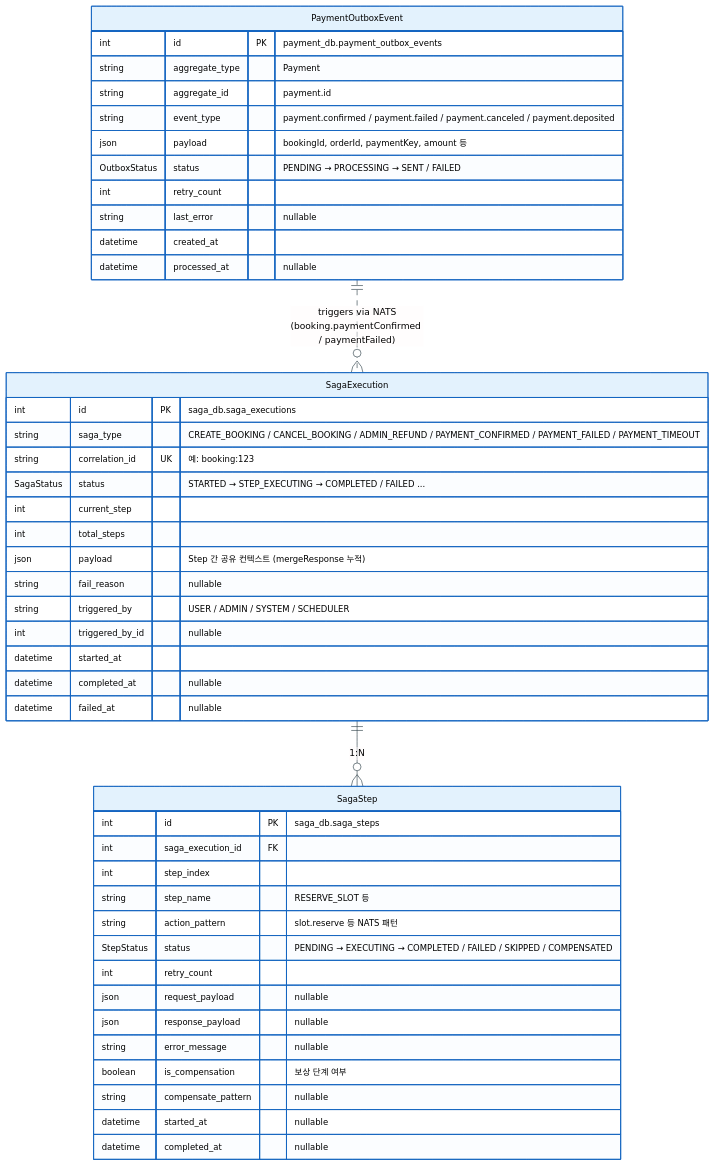
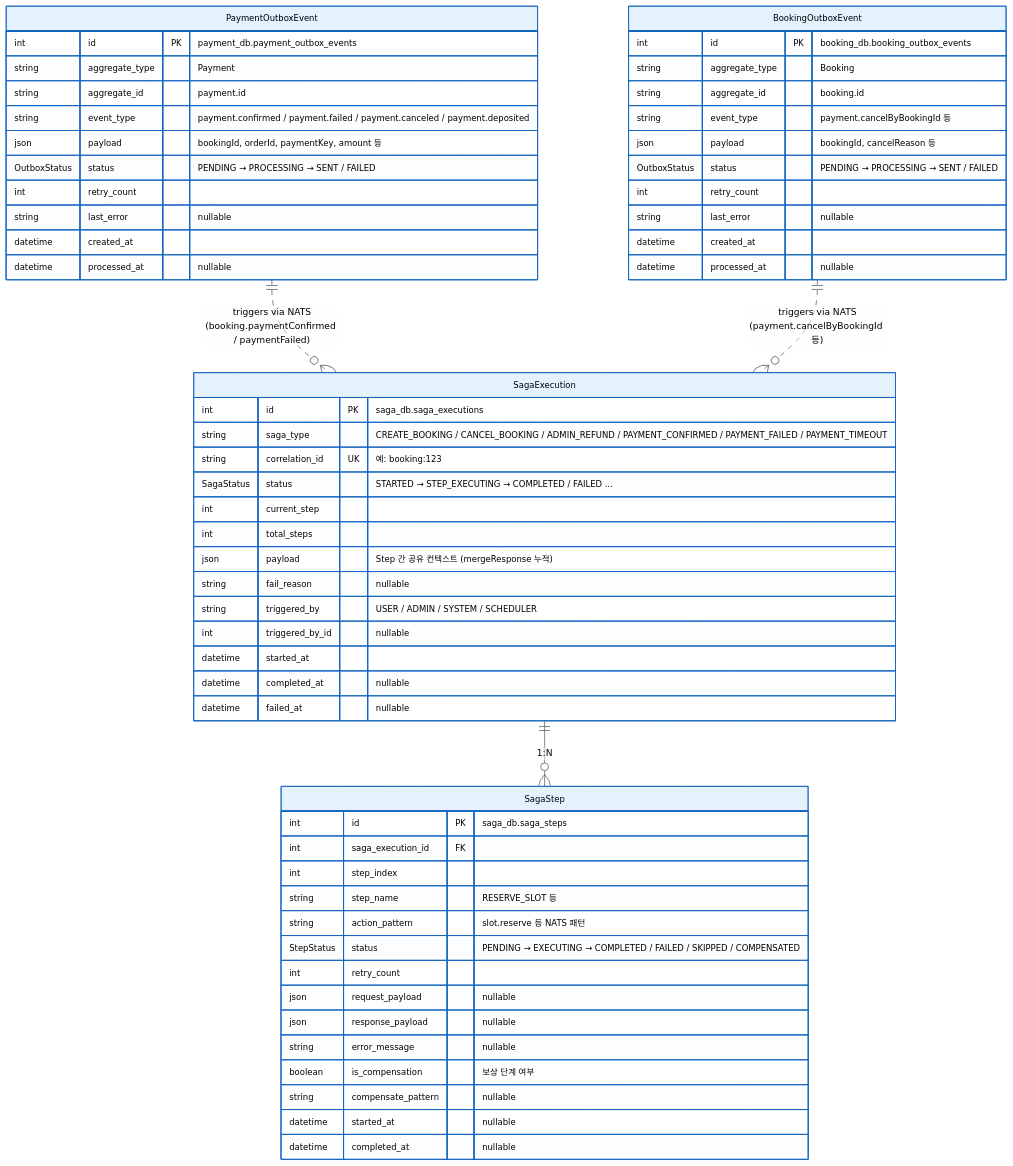
One commit to uniyous/parkgolf-platform changed the third of 4 diagrams in docs/workflow/SAGA.md. Above: the diagram before and after it, drawn with Mermaid. The commit also changed other lines of this file and 3 other files, not shown here.

First line of the commit message:
chore(booking-service): outbox_events → booking_outbox_events 리네이밍

````diff
--- a/docs/workflow/SAGA.md
+++ b/docs/workflow/SAGA.md
@@ -137,52 +138,66 @@
 ```mermaid
 %%{init: {'theme':'base','themeVariables':{'primaryColor':'#E3F2FD','primaryTextColor':'#000','primaryBorderColor':'#1565C0','lineColor':'#37474F','fontSize':'13px'}}}%%
 erDiagram
     SagaExecution ||--o{ SagaStep : "1:N"
     PaymentOutboxEvent ||..o{ SagaExecution : "triggers via NATS<br/>(booking.paymentConfirmed / paymentFailed)"
+    BookingOutboxEvent ||..o{ SagaExecution : "triggers via NATS<br/>(payment.cancelByBookingId 등)"
 
     SagaExecution {
         int id PK "saga_db.saga_executions"
         string saga_type "CREATE_BOOKING / CANCEL_BOOKING / ADMIN_REFUND / PAYMENT_CONFIRMED / PAYMENT_FAILED / PAYMENT_TIMEOUT"
         string correlation_id UK "예: booking:123"
         SagaStatus status "STARTED → STEP_EXECUTING → COMPLETED / FAILED ..."
         int current_step
         int total_steps
         json payload "Step 간 공유 컨텍스트 (mergeResponse 누적)"
         string fail_reason "nullable"
         string triggered_by "USER / ADMIN / SYSTEM / SCHEDULER"
         int triggered_by_id "nullable"
         datetime started_at
         datetime completed_at "nullable"
         datetime failed_at "nullable"
     }
 
     SagaStep {
         int id PK "saga_db.saga_steps"
         int saga_execution_id FK
         int step_index
         string step_name "RESERVE_SLOT 등"
         string action_pattern "slot.reserve 등 NATS 패턴"
         StepStatus status "PENDING → EXECUTING → COMPLETED / FAILED / SKIPPED / COMPENSATED"
         int retry_count
         json request_payload "nullable"
         json response_payload "nullable"
         string error_message "nullable"
         boolean is_compensation "보상 단계 여부"
         string compensate_pattern "nullable"
         datetime started_at "nullable"
         datetime completed_at "nullable"
     }
 
     PaymentOutboxEvent {
         int id PK "payment_db.payment_outbox_events"
         string aggregate_type "Payment"
         string aggregate_id "payment.id"
         string event_type "payment.confirmed / payment.failed / payment.canceled / payment.deposited"
         json payload "bookingId, orderId, paymentKey, amount 등"
         OutboxStatus status "PENDING → PROCESSING → SENT / FAILED"
         int retry_count
         string last_error "nullable"
         datetime created_at
         datetime processed_at "nullable"
     }
+
+    BookingOutboxEvent {
+        int id PK "booking_db.booking_outbox_events"
+        string aggregate_type "Booking"
+        string aggregate_id "booking.id"
+        string event_type "payment.cancelByBookingId 등"
+        json payload "bookingId, cancelReason 등"
+        OutboxStatus status "PENDING → PROCESSING → SENT / FAILED"
+        int retry_count
+        string last_error "nullable"
+        datetime created_at
+        datetime processed_at "nullable"
+    }
 ```
````
